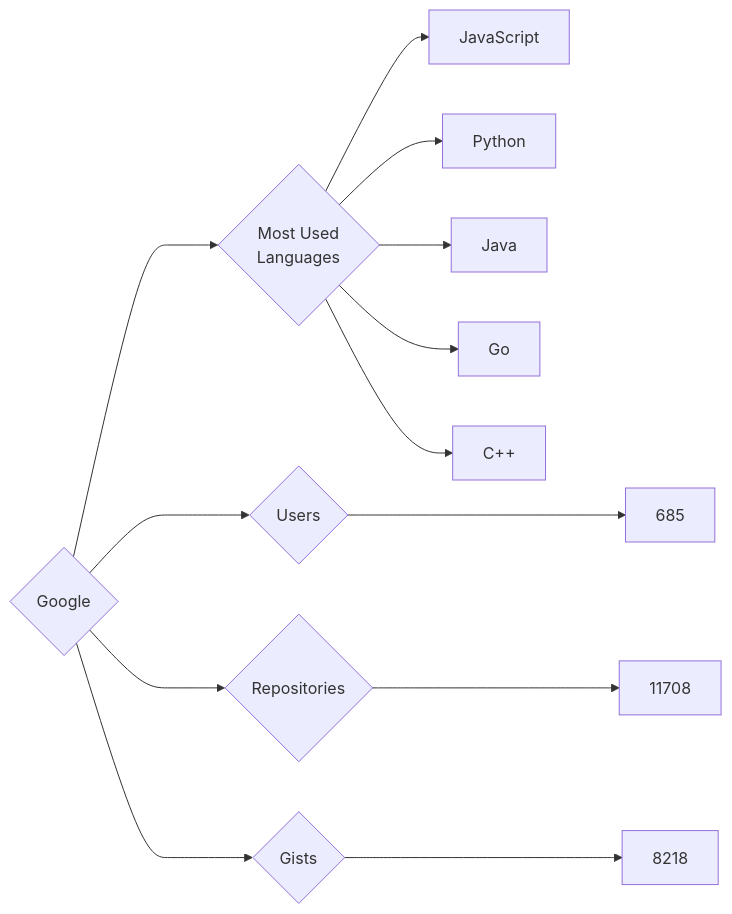
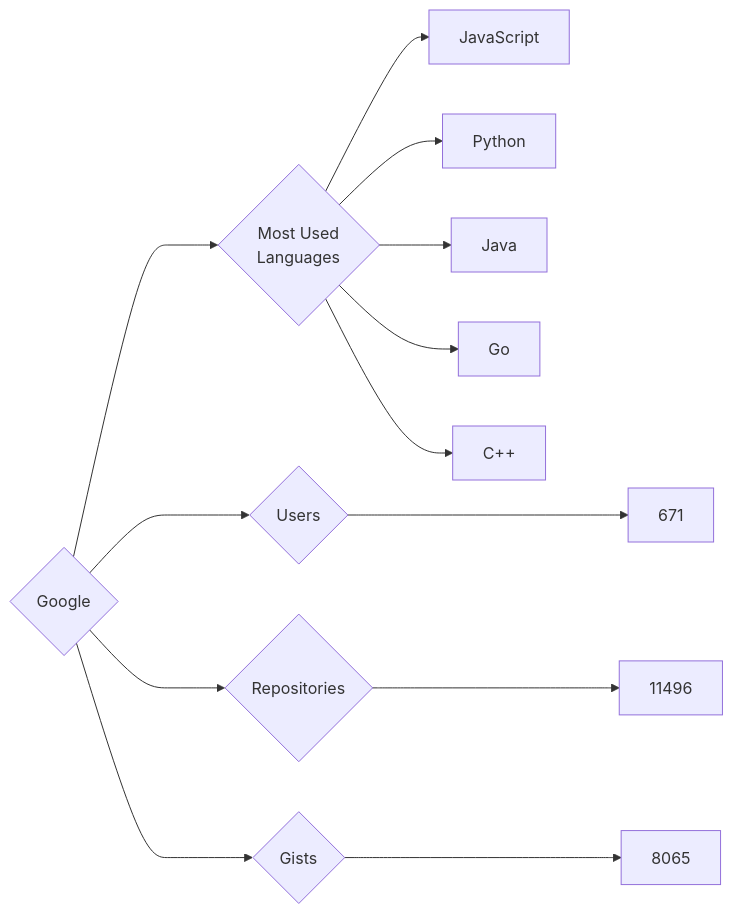
One commit to trickest/insiders changed the diagram in targets/Google/README.md. Above: the diagram before and after it, drawn with Mermaid. The commit also changed 748 other files, not shown here.

````diff
--- a/targets/Google/README.md
+++ b/targets/Google/README.md
@@ -3,13 +3,13 @@
 ```mermaid
 graph LR
 COMPANY_NAME{Google}
-COMPANY_NAME ---> U{Users} ---> UN[685]
-COMPANY_NAME ---> R{Repositories} ---> RN[11708]
-COMPANY_NAME ---> G{Gists} ---> GN[8218]
+COMPANY_NAME ---> U{Users} ---> UN[671]
+COMPANY_NAME ---> R{Repositories} ---> RN[11496]
+COMPANY_NAME ---> G{Gists} ---> GN[8065]
 COMPANY_NAME ---> ML{Most Used<br>Languages}
 ML --> JavaScript[JavaScript]
 ML --> Python[Python]
 ML --> Java[Java]
 ML --> Go[Go]
 ML --> C++[C++]
 ```
````
